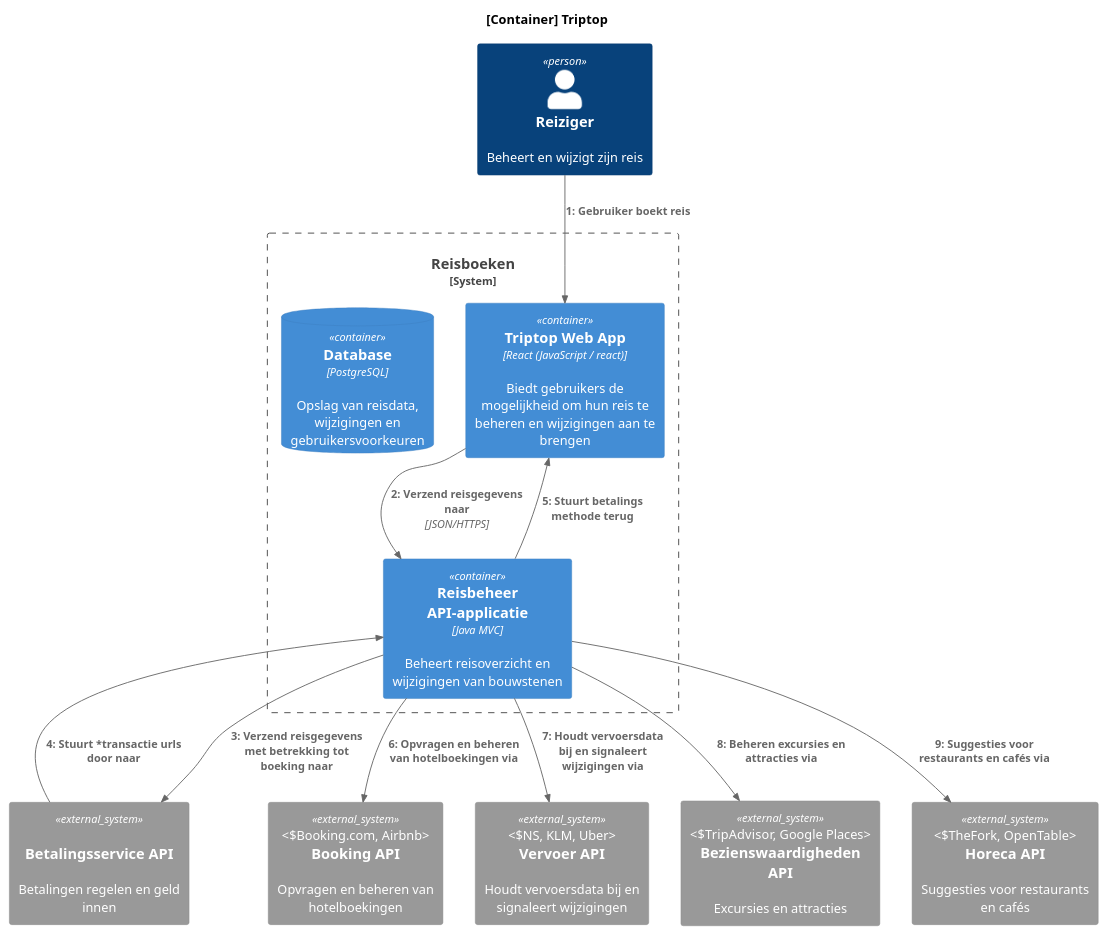
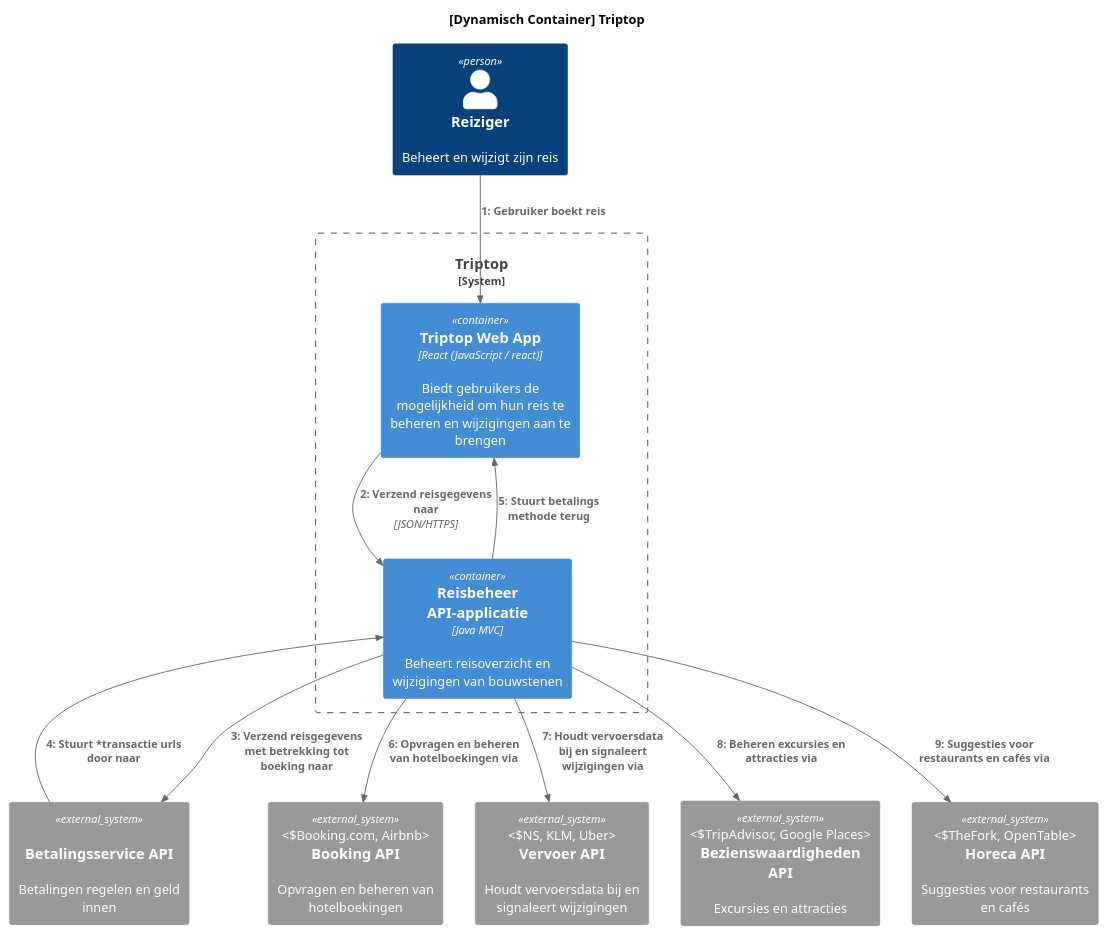
One commit to AIM-ENE-feb25/triptop-groep-4-afscheidscadeau-voor-juf-kim changed the diagram in opdracht-diagrammen/Dynamisch Diagram reisBoeken.puml. Above: the diagram before and after it, drawn with PlantUML.

Commit message:
Verbeterd Dynamisch Diagram reisBoeken.puml

```diff
--- a/opdracht-diagrammen/Dynamisch Diagram reisBoeken.puml
+++ b/opdracht-diagrammen/Dynamisch Diagram reisBoeken.puml
@@ -1,44 +1,42 @@
 @startuml
 !include https://raw.githubusercontent.com/plantuml-stdlib/C4-PlantUML/master/C4_Dynamic.puml
 
-title [Container] Triptop
+title [Dynamisch Container] Triptop
 
 Person(user, "Reiziger", "Beheert en wijzigt zijn reis")
 
-System_Boundary(triptop, "Reisboeken") {
+System_Boundary(triptop, "Triptop") {
 
     Container(web, "Triptop Web App", "React (JavaScript / react)", "Biedt gebruikers de mogelijkheid om hun reis te beheren en wijzigingen aan te brengen")
 
 '    Nodig?
 '    Container(api, "API Gateway", "Java MVC", "")
 
     Container(trip_manager, "Reisbeheer API-applicatie", "Java MVC", "Beheert reisoverzicht en wijzigingen van bouwstenen")
-
-    ContainerDb(db, "Database", "PostgreSQL", "Opslag van reisdata, wijzigingen en gebruikersvoorkeuren")
 }
 
 
 System_Ext(booking, "Booking API", "Opvragen en beheren van hotelboekingen", "Booking.com, Airbnb")
 
 System_Ext(transport, "Vervoer API", "Houdt vervoersdata bij en signaleert wijzigingen", "NS, KLM, Uber")
 
 System_Ext(attractions, "Bezienswaardigheden API", "Excursies en attracties", "TripAdvisor, Google Places")
 
 System_Ext(horeca, "Horeca API", "Suggesties voor restaurants en cafés", "TheFork, OpenTable")
 
 System_Ext(betaling, "Betalingsservice API", "Betalingen regelen en geld innen", "Stripe")
 
 Rel(user, web, "Gebruiker boekt reis")
 Rel(web, trip_manager, "Verzend reisgegevens naar", JSON/HTTPS)
 Rel(trip_manager, betaling, "Verzend reisgegevens met betrekking tot boeking naar")
 Rel(betaling, trip_manager, "Stuurt *transactie urls door naar")
 Rel(trip_manager, web, "Stuurt betalings methode terug")
 
 
 ' Connecting all APIs to Reisbeheer API applicatie
 Rel(trip_manager, booking, "Opvragen en beheren van hotelboekingen via")
 Rel(trip_manager, transport, "Houdt vervoersdata bij en signaleert wijzigingen via")
 Rel(trip_manager, attractions, "Beheren excursies en attracties via")
 Rel(trip_manager, horeca, "Suggesties voor restaurants en cafés via")
 
 @enduml
```
